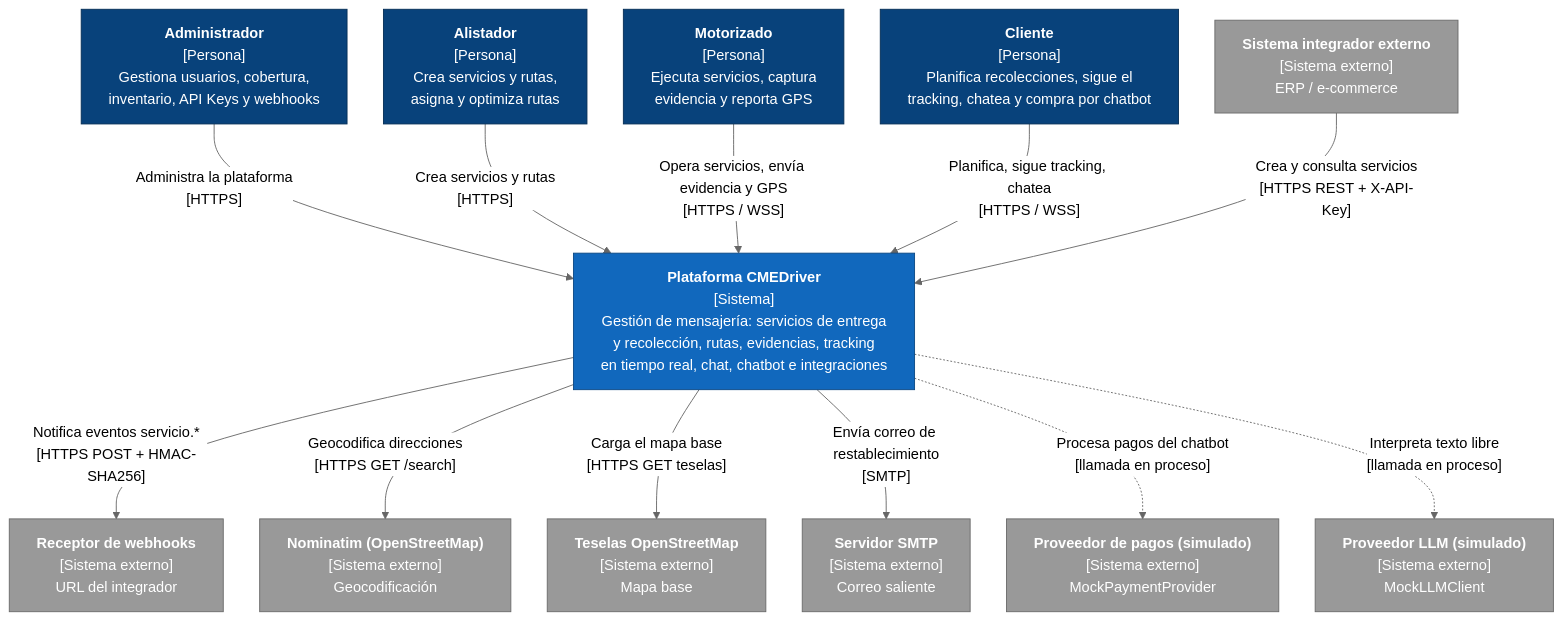
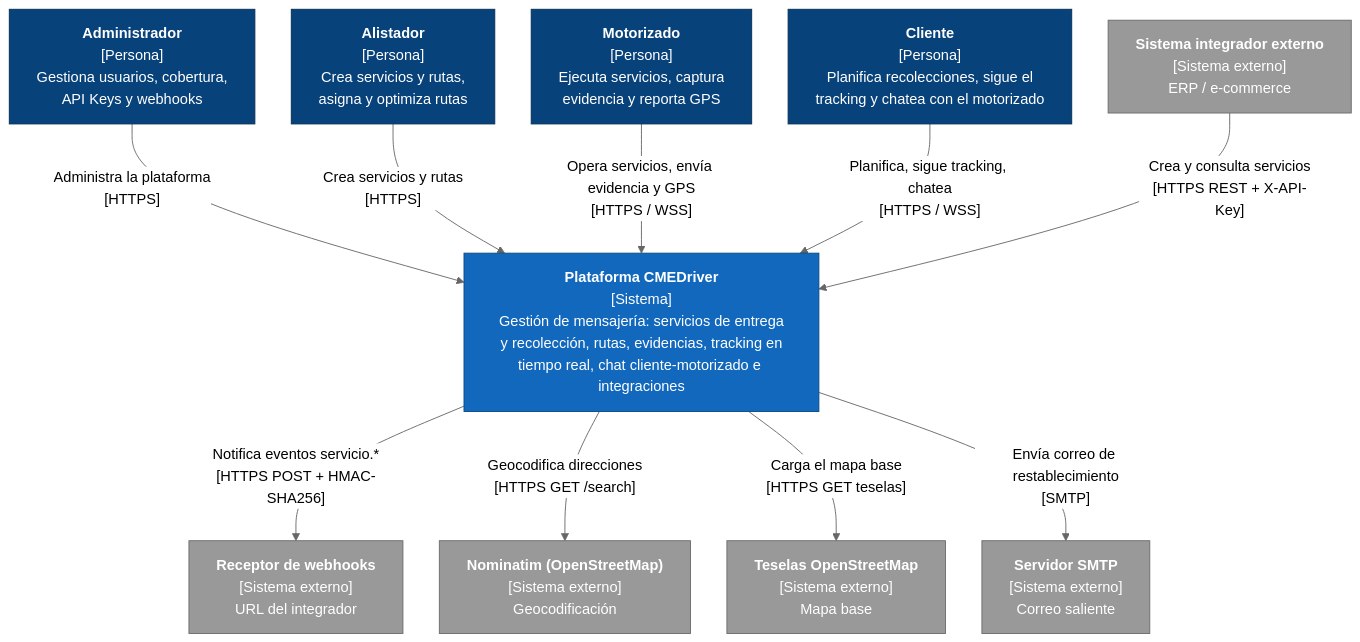
Before and after one commit to javier5254/CEMDriver: the diagram in docs/diagrams/src/c4-1-contexto.mmd, drawn with Mermaid (neutral theme). The commit also changed 8 other files, not shown here.

First line of the commit message:
Docs: C4 niveles 1 a 4 sin inventario, pagos ni chatbot

```diff
--- a/docs/diagrams/src/c4-1-contexto.mmd
+++ b/docs/diagrams/src/c4-1-contexto.mmd
@@ -1,40 +1,36 @@
 %%{init: {"flowchart": {"wrappingWidth": 330, "nodeSpacing": 40, "rankSpacing": 70}}}%%
 flowchart TB
     %% C4 - Nivel 1: Contexto del sistema (docs/entrega/06-c4.md)
     %% Nombres canonicos: docs/entrega/03-arquitectura.md seccion 9
 
-    ADM["<b>Administrador</b><br/>[Persona]<br/>Gestiona usuarios, cobertura,<br/>inventario, API Keys y webhooks"]
+    ADM["<b>Administrador</b><br/>[Persona]<br/>Gestiona usuarios, cobertura,<br/>API Keys y webhooks"]
     ALI["<b>Alistador</b><br/>[Persona]<br/>Crea servicios y rutas,<br/>asigna y optimiza rutas"]
     MOT["<b>Motorizado</b><br/>[Persona]<br/>Ejecuta servicios, captura<br/>evidencia y reporta GPS"]
-    CLI["<b>Cliente</b><br/>[Persona]<br/>Planifica recolecciones, sigue el<br/>tracking, chatea y compra por chatbot"]
+    CLI["<b>Cliente</b><br/>[Persona]<br/>Planifica recolecciones, sigue el<br/>tracking y chatea con el motorizado"]
 
     INT["<b>Sistema integrador externo</b><br/>[Sistema externo]<br/>ERP / e-commerce"]
 
-    CME["<b>Plataforma CMEDriver</b><br/>[Sistema]<br/>Gestión de mensajería: servicios de entrega<br/>y recolección, rutas, evidencias, tracking<br/>en tiempo real, chat, chatbot e integraciones"]
+    CME["<b>Plataforma CMEDriver</b><br/>[Sistema]<br/>Gestión de mensajería: servicios de entrega<br/>y recolección, rutas, evidencias, tracking en<br/>tiempo real, chat cliente-motorizado e integraciones"]
 
     WH["<b>Receptor de webhooks</b><br/>[Sistema externo]<br/>URL del integrador"]
     NOM["<b>Nominatim (OpenStreetMap)</b><br/>[Sistema externo]<br/>Geocodificación"]
     OSM["<b>Teselas OpenStreetMap</b><br/>[Sistema externo]<br/>Mapa base"]
     SMTP["<b>Servidor SMTP</b><br/>[Sistema externo]<br/>Correo saliente"]
-    PAY["<b>Proveedor de pagos (simulado)</b><br/>[Sistema externo]<br/>MockPaymentProvider"]
-    LLM["<b>Proveedor LLM (simulado)</b><br/>[Sistema externo]<br/>MockLLMClient"]
 
     ADM -->|"Administra la plataforma<br/>[HTTPS]"| CME
     ALI -->|"Crea servicios y rutas<br/>[HTTPS]"| CME
     MOT -->|"Opera servicios, envía evidencia y GPS<br/>[HTTPS / WSS]"| CME
     CLI -->|"Planifica, sigue tracking, chatea<br/>[HTTPS / WSS]"| CME
     INT -->|"Crea y consulta servicios<br/>[HTTPS REST + X-API-Key]"| CME
 
     CME -->|"Notifica eventos servicio.*<br/>[HTTPS POST + HMAC-SHA256]"| WH
     CME -->|"Geocodifica direcciones<br/>[HTTPS GET /search]"| NOM
     CME -->|"Carga el mapa base<br/>[HTTPS GET teselas]"| OSM
     CME -->|"Envía correo de restablecimiento<br/>[SMTP]"| SMTP
-    CME -.->|"Procesa pagos del chatbot<br/>[llamada en proceso]"| PAY
-    CME -.->|"Interpreta texto libre<br/>[llamada en proceso]"| LLM
 
     classDef persona fill:#08427b,stroke:#052e56,color:#ffffff;
     classDef sistema fill:#1168bd,stroke:#0b4884,color:#ffffff;
     classDef externo fill:#999999,stroke:#6b6b6b,color:#ffffff;
     class ADM,ALI,MOT,CLI persona;
     class CME sistema;
-    class INT,WH,NOM,OSM,SMTP,PAY,LLM externo;
+    class INT,WH,NOM,OSM,SMTP externo;
```
